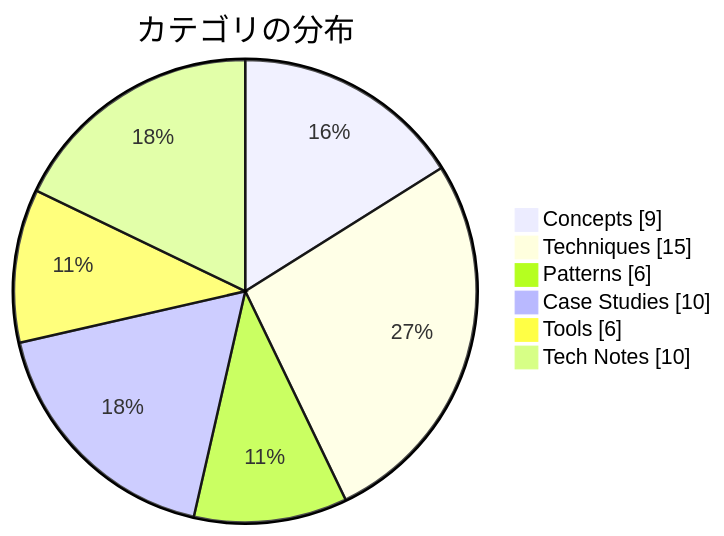
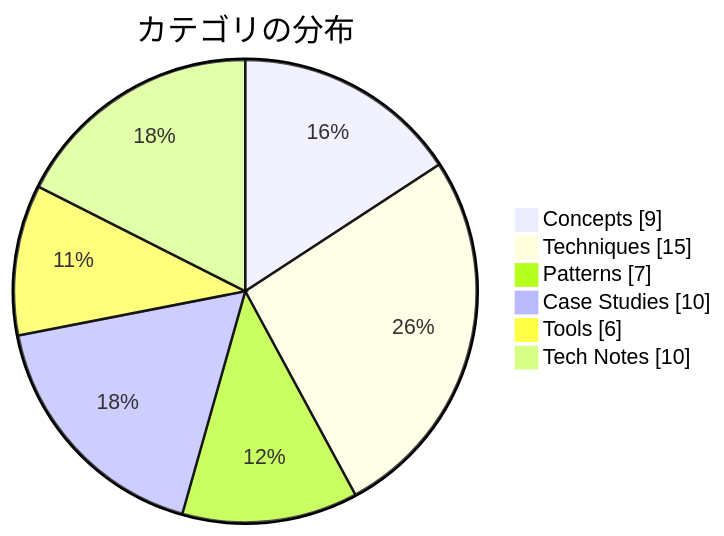
The second of 2 diagrams in docs/index.md (dinekt/dinekt-wiki), drawn with Mermaid before and after one commit. The commit also changed other lines of this file and 6 other files, not shown here.

````diff
--- a/docs/index.md
+++ b/docs/index.md
@@ -37,9 +37,9 @@
 ```mermaid
 pie showData title カテゴリの分布
     "Concepts" : 9
     "Techniques" : 15
-    "Patterns" : 6
+    "Patterns" : 7
     "Case Studies" : 10
     "Tools" : 6
     "Tech Notes" : 10
 ```
````
